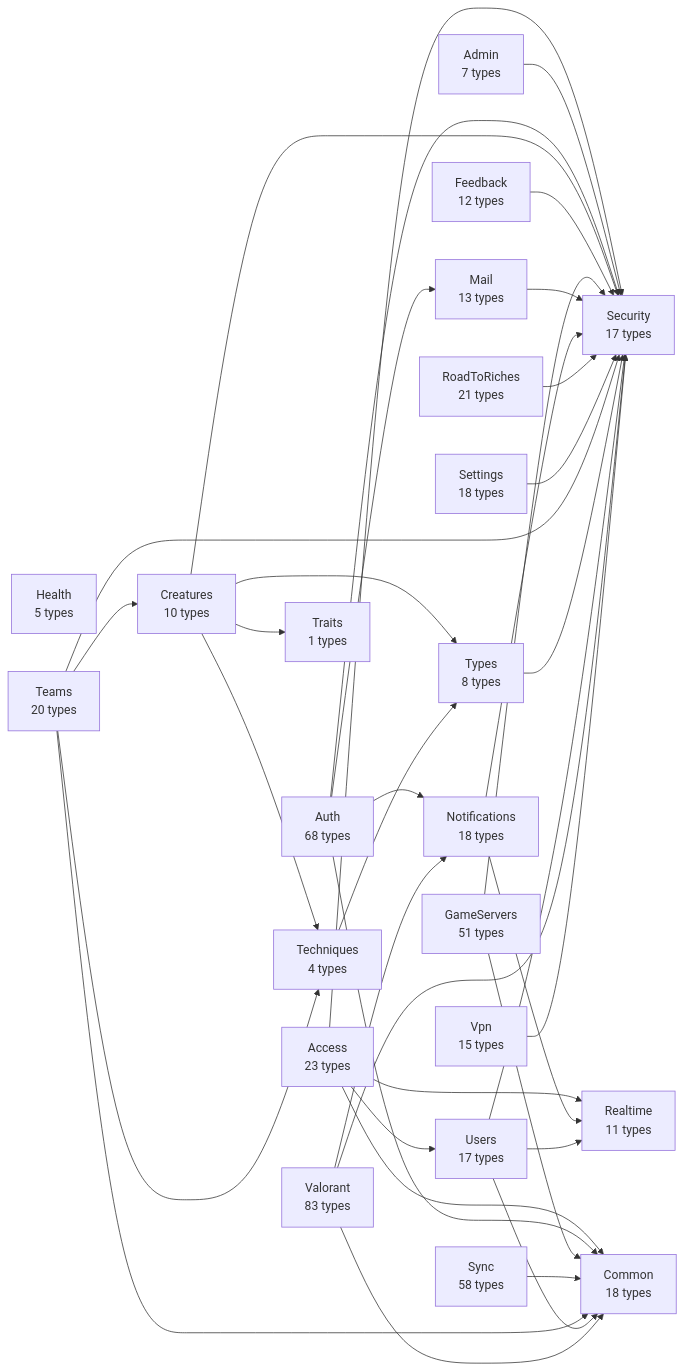
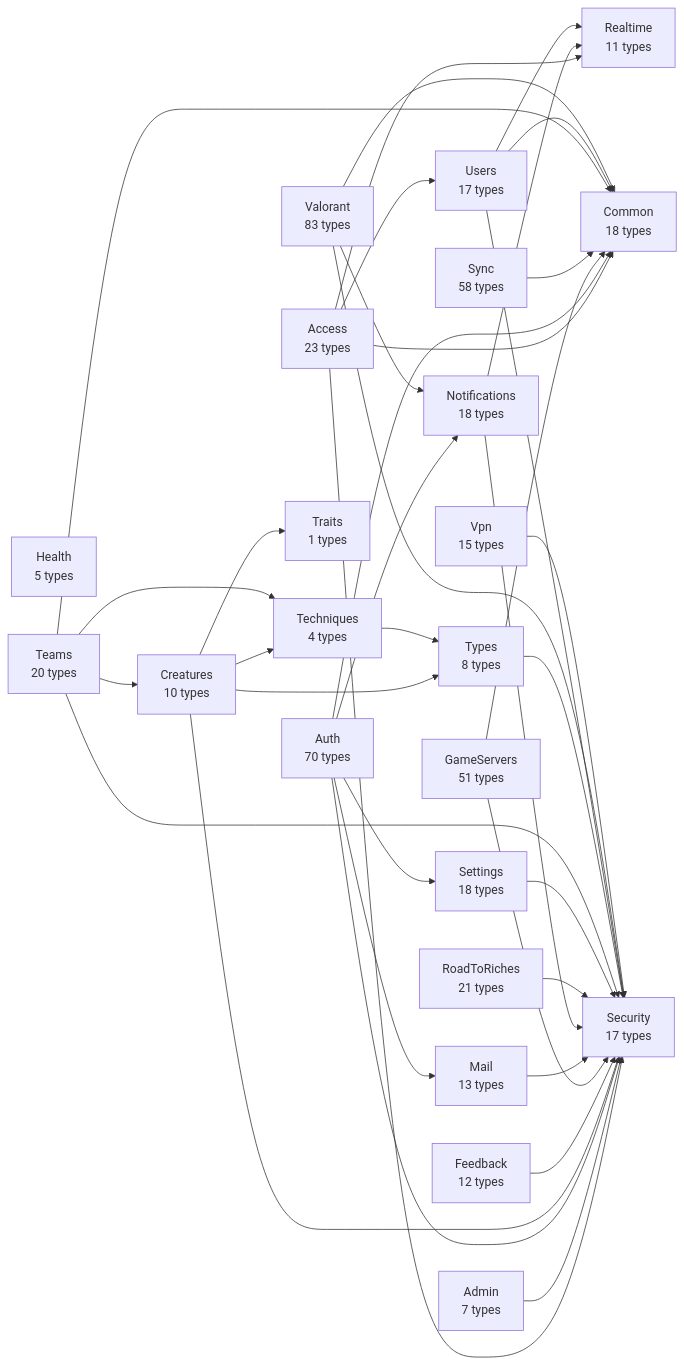
One commit to huiitre/Tools-app changed the diagram in api/docs/diagrams/00-modules.md. Above: the diagram before and after it, drawn with Mermaid. The commit also changed 24 other files, not shown here.

````diff
--- a/api/docs/diagrams/00-modules.md
+++ b/api/docs/diagrams/00-modules.md
@@ -5,60 +5,61 @@
 ```mermaid
 flowchart LR
   Access["Access<br/>23 types"]
   Admin["Admin<br/>7 types"]
-  Auth["Auth<br/>68 types"]
+  Auth["Auth<br/>70 types"]
   Common["Common<br/>18 types"]
   Creatures["Creatures<br/>10 types"]
   Feedback["Feedback<br/>12 types"]
   GameServers["GameServers<br/>51 types"]
   Health["Health<br/>5 types"]
   Mail["Mail<br/>13 types"]
   Notifications["Notifications<br/>18 types"]
   Realtime["Realtime<br/>11 types"]
   RoadToRiches["RoadToRiches<br/>21 types"]
   Security["Security<br/>17 types"]
   Settings["Settings<br/>18 types"]
   Sync["Sync<br/>58 types"]
   Teams["Teams<br/>20 types"]
   Techniques["Techniques<br/>4 types"]
   Traits["Traits<br/>1 types"]
   Types["Types<br/>8 types"]
   Users["Users<br/>17 types"]
   Valorant["Valorant<br/>83 types"]
   Vpn["Vpn<br/>15 types"]
   Access --> Common
   Access --> Realtime
   Access --> Security
   Access --> Users
   Admin --> Security
   Auth --> Common
   Auth --> Mail
   Auth --> Notifications
   Auth --> Security
+  Auth --> Settings
   Creatures --> Security
   Creatures --> Techniques
   Creatures --> Traits
   Creatures --> Types
   Feedback --> Security
   GameServers --> Common
   GameServers --> Security
   Mail --> Security
   Notifications --> Realtime
   Notifications --> Security
   RoadToRiches --> Security
   Settings --> Security
   Sync --> Common
   Teams --> Common
   Teams --> Creatures
   Teams --> Security
   Teams --> Techniques
   Techniques --> Types
   Types --> Security
   Users --> Common
   Users --> Realtime
   Users --> Security
   Valorant --> Common
   Valorant --> Notifications
   Valorant --> Security
   Vpn --> Security
 ```
````
